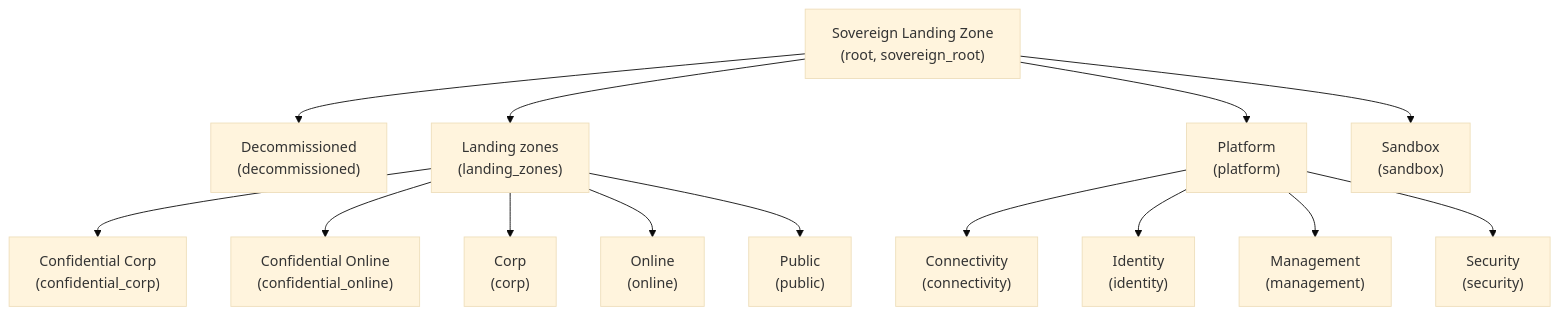
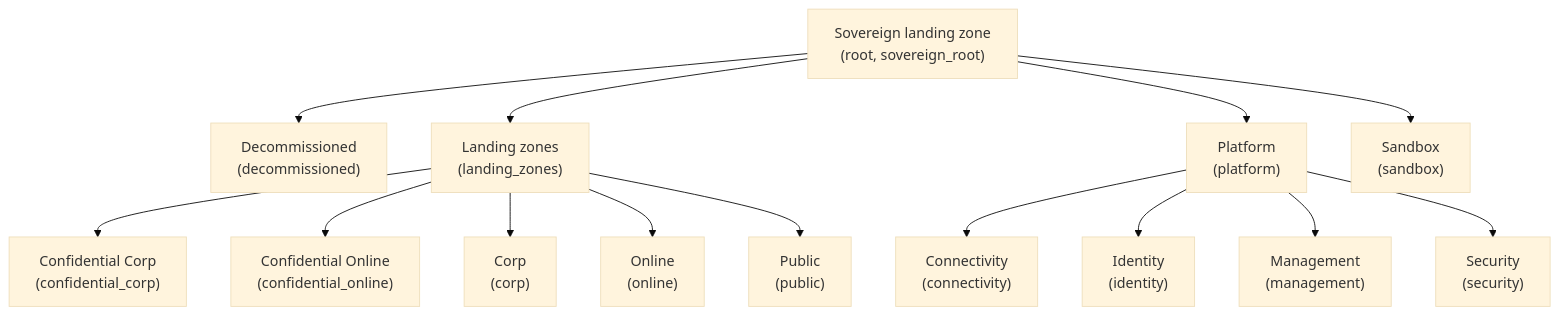
The diagram in content/slz/examples/core_slz.md (azurecitadel/azurecitadel), drawn with Mermaid (base theme) before and after one commit. The commit also changed other lines of this file and 68 other files, not shown here.

```diff
--- a/content/slz/examples/core_slz.md
+++ b/content/slz/examples/core_slz.md
@@ -25,44 +25,44 @@
 {{< mermaid >}}
 flowchart TD
-  slz["Sovereign Landing Zone
+  slz["Sovereign landing zone
 (root, sovereign_root)"]
   slz --> decommissioned
   decommissioned["Decommissioned
 (decommissioned)"]
   slz --> landingzones
   landingzones["Landing zones
 (landing_zones)"]
   landingzones --> confidential_corp
   confidential_corp["Confidential Corp
 (confidential_corp)"]
   landingzones --> confidential_online
   confidential_online["Confidential Online
 (confidential_online)"]
   landingzones --> corp
   corp["Corp
 (corp)"]
   landingzones --> online
   online["Online
 (online)"]
   landingzones --> public
   public["Public
 (public)"]
   slz --> platform
   platform["Platform
 (platform)"]
   platform --> connectivity
   connectivity["Connectivity
 (connectivity)"]
   platform --> identity
   identity["Identity
 (identity)"]
   platform --> management
   management["Management
 (management)"]
   platform --> security
   security["Security
 (security)"]
   slz --> sandbox
   sandbox["Sandbox
 (sandbox)"]
 {{< /mermaid >}}
```
